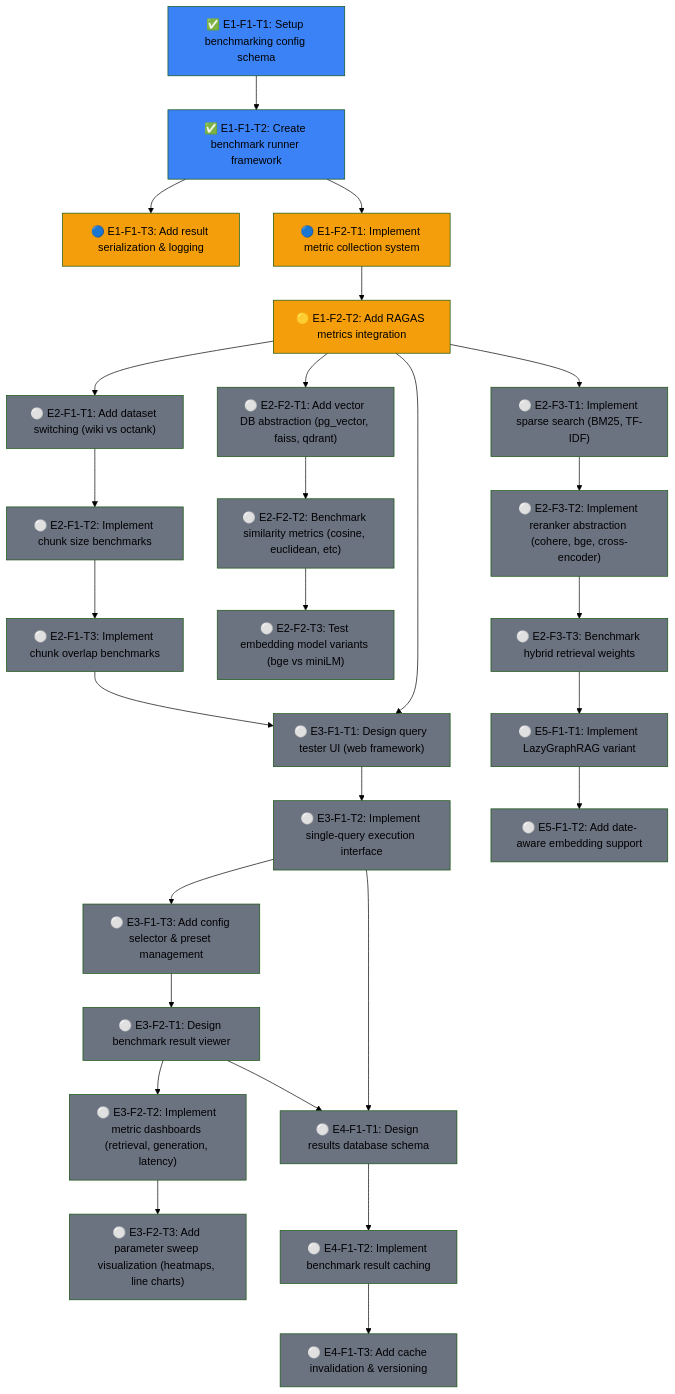
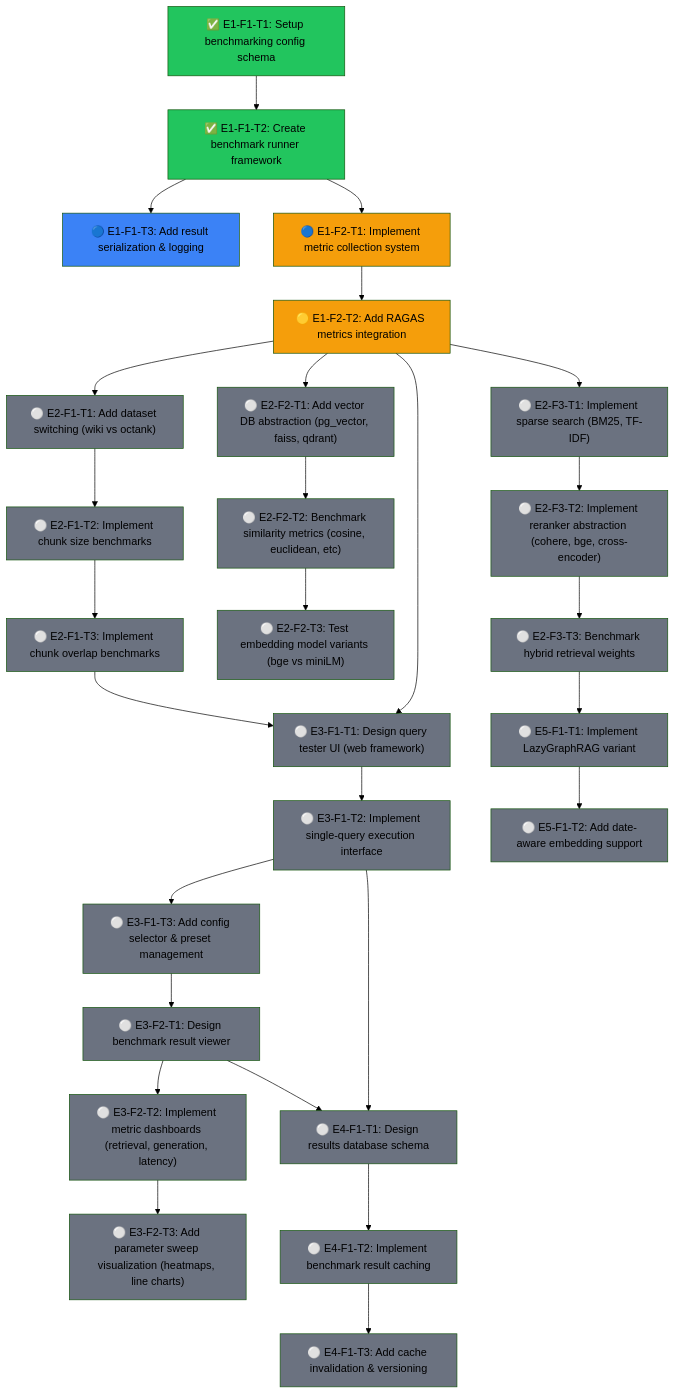
Before and after one commit to Vutiot/EvenementsRAG: the diagram in ROADMAP.md, drawn with Mermaid (forest theme). The commit also changed other lines of this file and 1 other file, not shown here.

Commit message:
updated ROADMAP

```diff
--- a/ROADMAP.md
+++ b/ROADMAP.md
@@ -77,9 +77,9 @@
   E2F3T3 --> E5F1T1
   E5F1T1 --> E5F1T2
 
-  style E1F1T1 fill:#3b82f6
-  style E1F1T2 fill:#3b82f6
-  style E1F1T3 fill:#f59e0b
+  style E1F1T1 fill:#22c55e
+  style E1F1T2 fill:#22c55e
+  style E1F1T3 fill:#3b82f6
   style E1F2T1 fill:#f59e0b
   style E1F2T2 fill:#f59e0b
   style E2F1T1 fill:#6b7280
```
